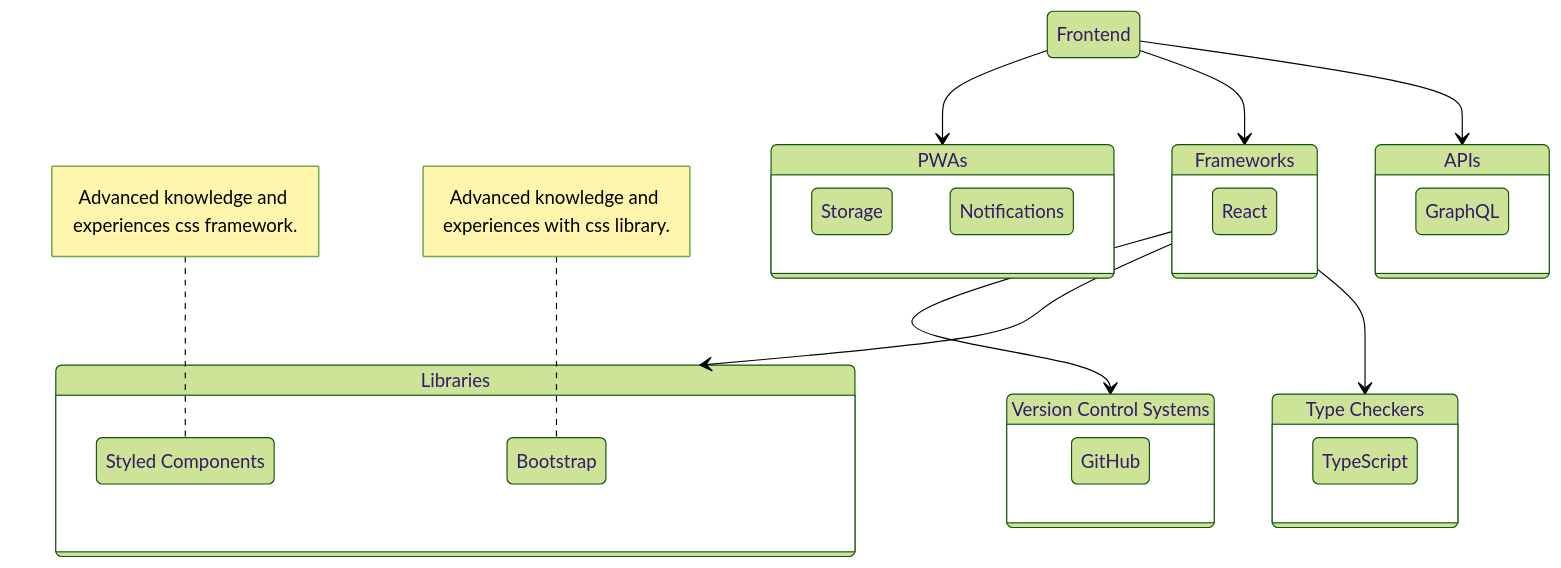
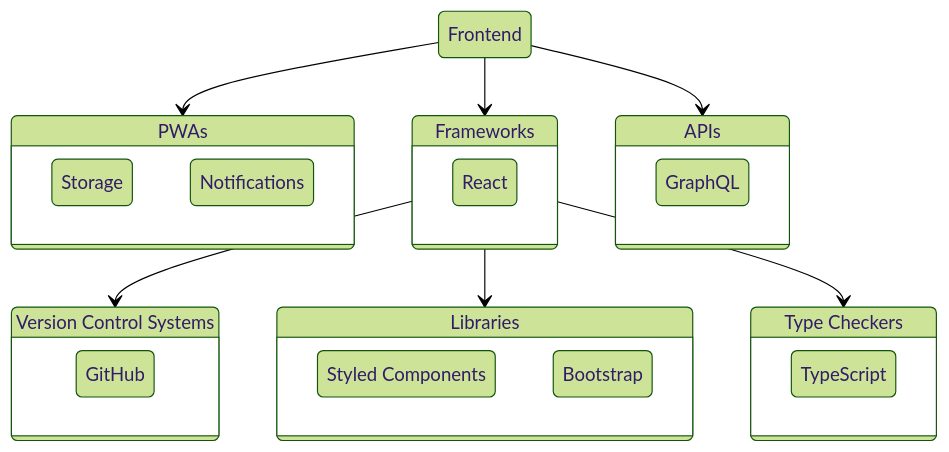
One commit to farunurisonmez/farunurisonmez changed the second of 4 diagrams in README.md. Above: the diagram before and after it, drawn with Mermaid (forest theme). The commit also changed other lines of this file, not shown here.

````diff
--- a/README.md
+++ b/README.md
@@ -59,33 +53,31 @@
 ```mermaid
   stateDiagram-v2
     Frontend --> PWAs
       state PWAs {
         Storage
         Notifications
       }
     Frontend --> Frameworks
       state Frameworks {
         React
       }
     VersionControlSystems: Version Control Systems
     Frameworks --> VersionControlSystems
       state VersionControlSystems {
         GitHub
       }
     Frontend --> APIs
       state APIs {
         Graphql: GraphQL
       }
     Frameworks --> Libraries
       state Libraries {
         StyledComponents: Styled Components
-        note left of StyledComponents : Advanced knowledge and experiences css framework.
         Bootstrap: Bootstrap
-        note left of Bootstrap : Advanced knowledge and experiences with css library.
       }
     TypeCheckers:Type Checkers
     Frameworks --> TypeCheckers
        state TypeCheckers {
         TypeScript: TypeScript
       }
 ```
````
